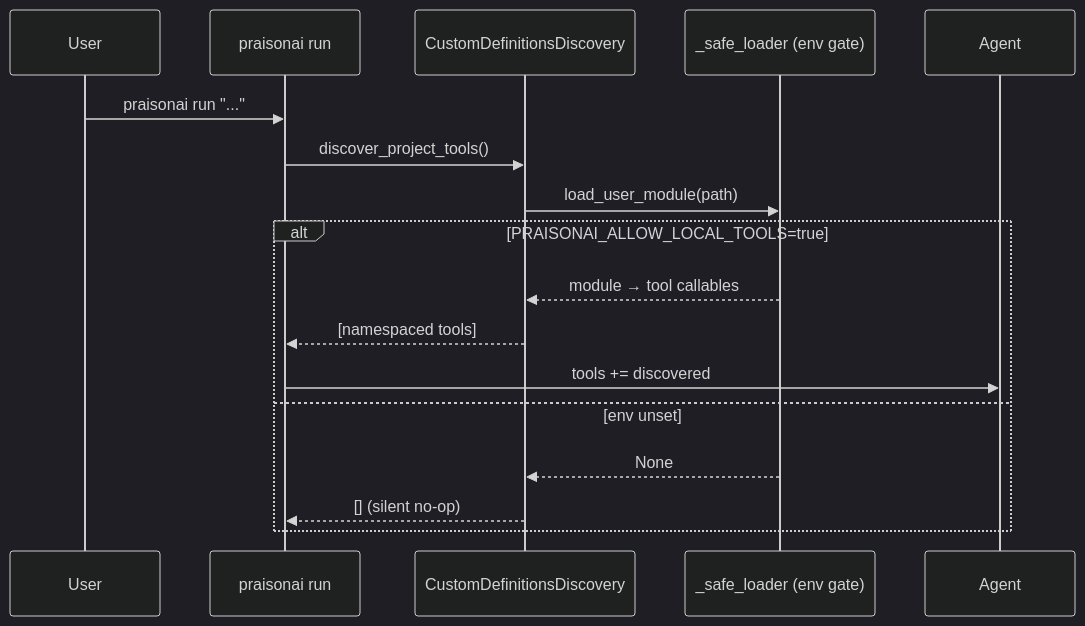
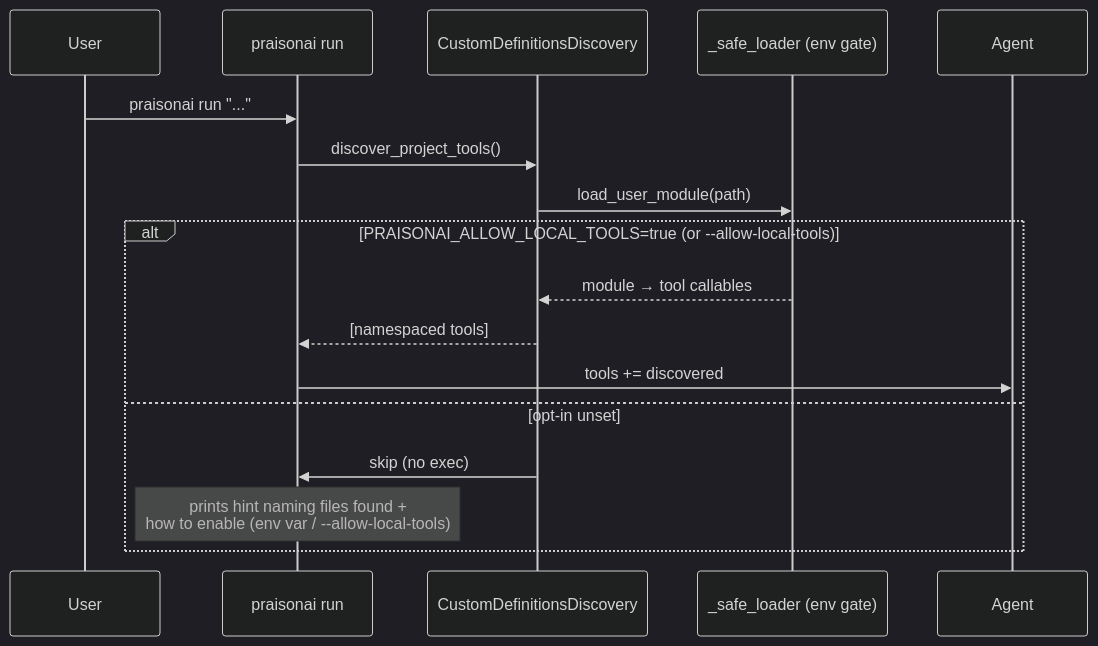
The second of 2 diagrams in docs/features/project-local-tools.mdx (MervinPraison/PraisonAIDocs), drawn with Mermaid (dark theme) before and after one commit. The commit also changed other lines of this file and 5 other files, not shown here.

Commit message:
docs: document --allow-local-tools CLI flag and project-tool discovery hint (fixes #2048)

````diff
--- a/docs/features/project-local-tools.mdx
+++ b/docs/features/project-local-tools.mdx
@@ -107,20 +119,20 @@
 ```mermaid
 sequenceDiagram
     participant User
     participant Run as praisonai run
     participant Discovery as CustomDefinitionsDiscovery
     participant Loader as _safe_loader (env gate)
     participant Agent
 
     User->>Run: praisonai run "..."
     Run->>Discovery: discover_project_tools()
     Discovery->>Loader: load_user_module(path)
-    alt PRAISONAI_ALLOW_LOCAL_TOOLS=true
+    alt PRAISONAI_ALLOW_LOCAL_TOOLS=true (or --allow-local-tools)
         Loader-->>Discovery: module → tool callables
         Discovery-->>Run: [namespaced tools]
         Run->>Agent: tools += discovered
-    else env unset
-        Loader-->>Discovery: None
-        Discovery-->>Run: [] (silent no-op)
+    else opt-in unset
+        Discovery->>Run: skip (no exec)
+        Note over Run: prints hint naming files found +<br/>how to enable (env var / --allow-local-tools)
     end
 ```
````
